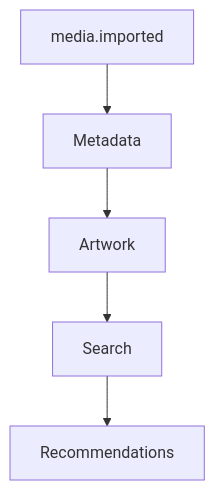
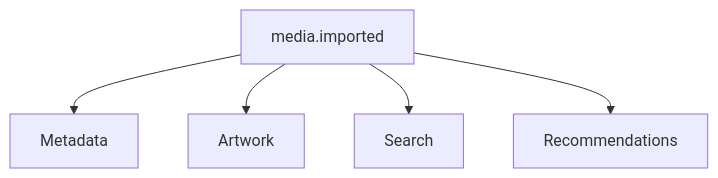
The second of 5 diagrams in docs/engineering/guides/meg-002-event-driven-runtime/09-subscribers.md (mosaic-media/architecture), drawn with Mermaid before and after one commit. The commit also changed other lines of this file and 25 other files, not shown here.

````diff
--- a/docs/engineering/guides/meg-002-event-driven-runtime/09-subscribers.md
+++ b/docs/engineering/guides/meg-002-event-driven-runtime/09-subscribers.md
@@ -134,14 +101,14 @@
 ```mermaid
 flowchart TD
 
 N1["media.imported"]
 N2["Metadata"]
 N3["Artwork"]
 N4["Search"]
 N5["Recommendations"]
 
 N1 --> N2
-N2 --> N3
-N3 --> N4
-N4 --> N5
+N1 --> N3
+N1 --> N4
+N1 --> N5
 ```
````
